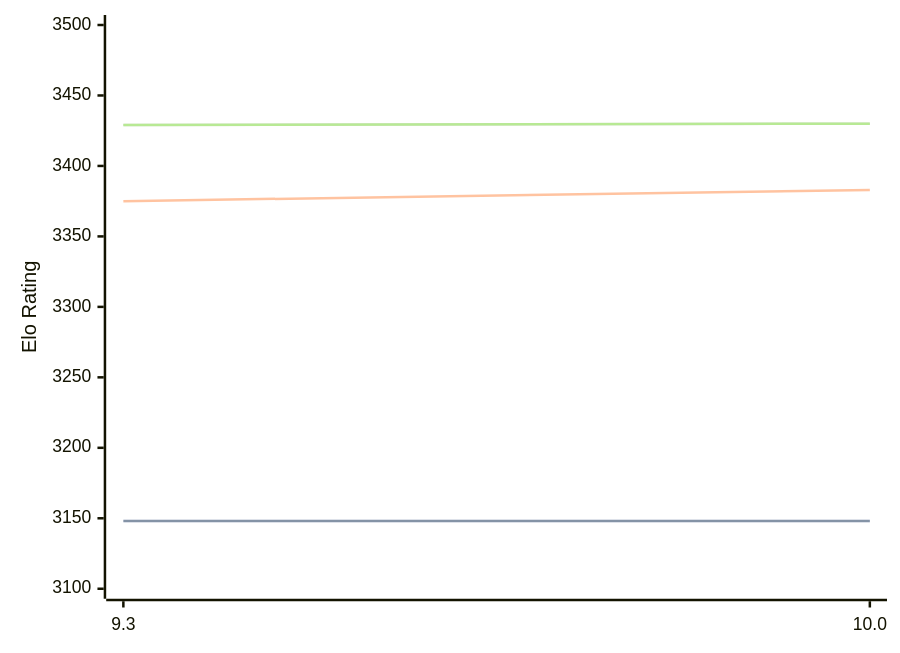
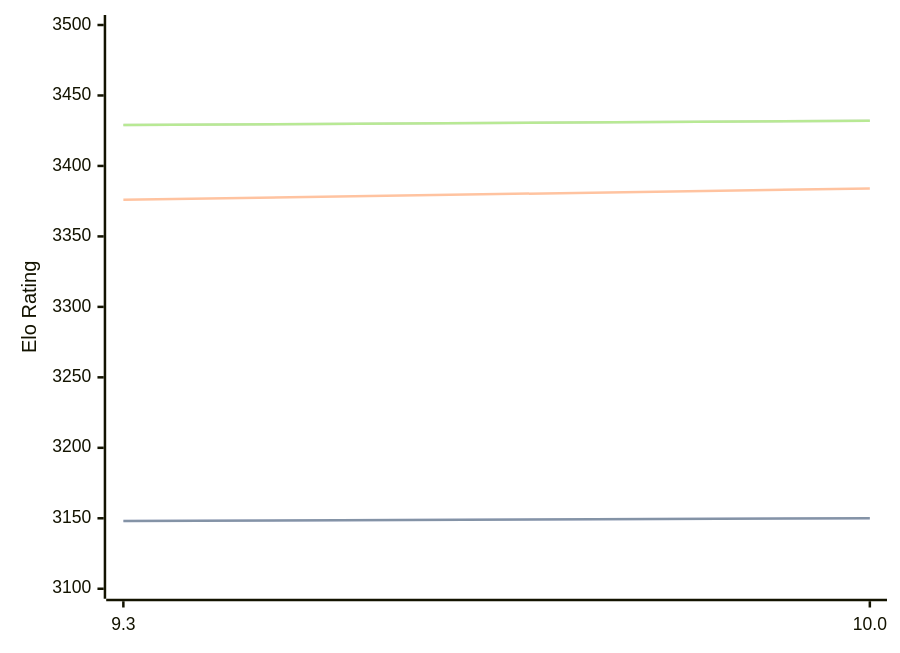
One commit to computer-chess-index/cci changed the diagram in engines/Fire.md. Above: the diagram before and after it, drawn with Mermaid. The commit also changed other lines of this file, not shown here.

Commit message:
Update CCI Ratings (ELO VLTC) - 2026-09-07

````diff
--- a/engines/Fire.md
+++ b/engines/Fire.md
@@ -32,11 +32,11 @@
 ```mermaid
 %%{init: {"theme":"base","themeVariables":{"seriesColors:['#a3a3a3','#222221','#faa371']}}}%%
 xychart-beta
   x-axis ["9.3", "10.0"]
   y-axis "Elo Rating" 3100 --> 3500
-  line "" [3148, 3148]
-  line "STC (8.0+0.08s)" [3148, 3148]
-  line "LTC (60.0+0.60s)" [3375, 3383]
-  line "" [3429, 3430]
-  line "VLTC (2m24s+1.12s)" [3429, 3430]
+  line "" [3148, 3150]
+  line "STC (8.0+0.08s)" [3148, 3150]
+  line "LTC (60.0+0.60s)" [3376, 3384]
+  line "" [3429, 3432]
+  line "VLTC (2m24s+1.12s)" [3429, 3432]
 ```
````
